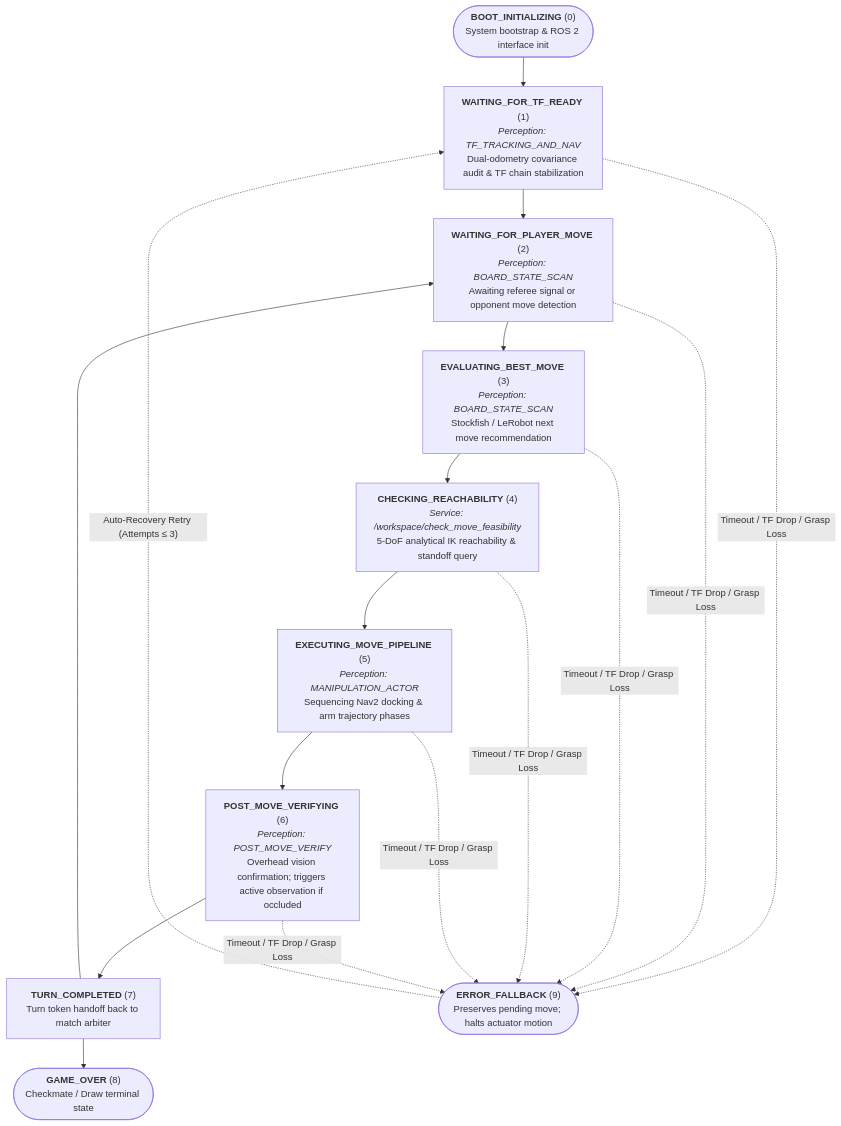
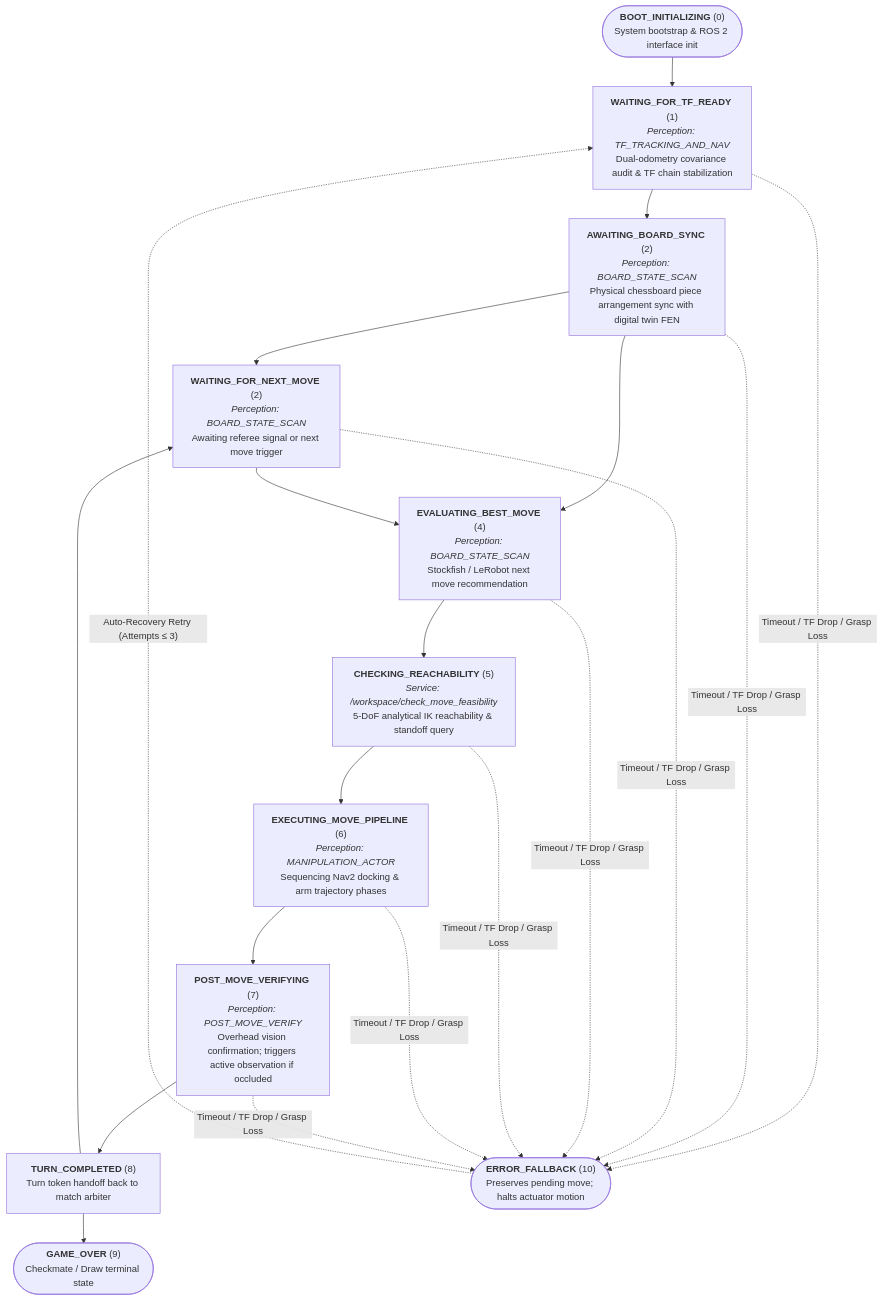
One commit to DuyKhongCay/lekiwi_ros2 changed the second of 4 diagrams in lekiwi_orchestrator/README.md. Above: the diagram before and after it, drawn with Mermaid. The commit also changed other lines of this file and 15 other files, not shown here.

````diff
--- a/lekiwi_orchestrator/README.md
+++ b/lekiwi_orchestrator/README.md
@@ -104,27 +104,30 @@
 ```mermaid
 flowchart TD
     BOOT(["<b>BOOT_INITIALIZING</b> (0)<br/>System bootstrap & ROS 2 interface init"])
     WAIT_TF["<b>WAITING_FOR_TF_READY</b> (1)<br/><i>Perception: TF_TRACKING_AND_NAV</i><br/>Dual-odometry covariance audit & TF chain stabilization"]
-    WAIT_PLAYER["<b>WAITING_FOR_PLAYER_MOVE</b> (2)<br/><i>Perception: BOARD_STATE_SCAN</i><br/>Awaiting referee signal or opponent move detection"]
-    EVAL["<b>EVALUATING_BEST_MOVE</b> (3)<br/><i>Perception: BOARD_STATE_SCAN</i><br/>Stockfish / LeRobot next move recommendation"]
-    CHK_REACH["<b>CHECKING_REACHABILITY</b> (4)<br/><i>Service: /workspace/check_move_feasibility</i><br/>5-DoF analytical IK reachability & standoff query"]
-    EXEC_PIPE["<b>EXECUTING_MOVE_PIPELINE</b> (5)<br/><i>Perception: MANIPULATION_ACTOR</i><br/>Sequencing Nav2 docking & arm trajectory phases"]
-    VERIFY["<b>POST_MOVE_VERIFYING</b> (6)<br/><i>Perception: POST_MOVE_VERIFY</i><br/>Overhead vision confirmation; triggers active observation if occluded"]
-    TURN_DONE["<b>TURN_COMPLETED</b> (7)<br/>Turn token handoff back to match arbiter"]
-    GAME_OVER(["<b>GAME_OVER</b> (8)<br/>Checkmate / Draw terminal state"])
-    ERR(["<b>ERROR_FALLBACK</b> (9)<br/>Preserves pending move; halts actuator motion"])
+    BOARD_SYNC["<b>AWAITING_BOARD_SYNC</b> (2)<br/><i>Perception: BOARD_STATE_SCAN</i><br/>Physical chessboard piece arrangement sync with digital twin FEN"]
+    WAIT_PLAYER["<b>WAITING_FOR_NEXT_MOVE</b> (2)<br/><i>Perception: BOARD_STATE_SCAN</i><br/>Awaiting referee signal or next move trigger"]
+    EVAL["<b>EVALUATING_BEST_MOVE</b> (4)<br/><i>Perception: BOARD_STATE_SCAN</i><br/>Stockfish / LeRobot next move recommendation"]
+    CHK_REACH["<b>CHECKING_REACHABILITY</b> (5)<br/><i>Service: /workspace/check_move_feasibility</i><br/>5-DoF analytical IK reachability & standoff query"]
+    EXEC_PIPE["<b>EXECUTING_MOVE_PIPELINE</b> (6)<br/><i>Perception: MANIPULATION_ACTOR</i><br/>Sequencing Nav2 docking & arm trajectory phases"]
+    VERIFY["<b>POST_MOVE_VERIFYING</b> (7)<br/><i>Perception: POST_MOVE_VERIFY</i><br/>Overhead vision confirmation; triggers active observation if occluded"]
+    TURN_DONE["<b>TURN_COMPLETED</b> (8)<br/>Turn token handoff back to match arbiter"]
+    GAME_OVER(["<b>GAME_OVER</b> (9)<br/>Checkmate / Draw terminal state"])
+    ERR(["<b>ERROR_FALLBACK</b> (10)<br/>Preserves pending move; halts actuator motion"])
 
     BOOT --> WAIT_TF
-    WAIT_TF --> WAIT_PLAYER
+    WAIT_TF --> BOARD_SYNC
+    BOARD_SYNC --> WAIT_PLAYER
+    BOARD_SYNC --> EVAL
     WAIT_PLAYER --> EVAL
     EVAL --> CHK_REACH
     CHK_REACH --> EXEC_PIPE
     EXEC_PIPE --> VERIFY
     VERIFY --> TURN_DONE
     TURN_DONE --> WAIT_PLAYER
     TURN_DONE --> GAME_OVER
 
     %% Failures and Auto-Recovery
-    WAIT_TF & WAIT_PLAYER & EVAL & CHK_REACH & EXEC_PIPE & VERIFY -.->|"Timeout / TF Drop / Grasp Loss"| ERR
+    WAIT_TF & BOARD_SYNC & WAIT_PLAYER & EVAL & CHK_REACH & EXEC_PIPE & VERIFY -.->|"Timeout / TF Drop / Grasp Loss"| ERR
     ERR -.->|"Auto-Recovery Retry (Attempts &le; 3)"| WAIT_TF
 ```
````
